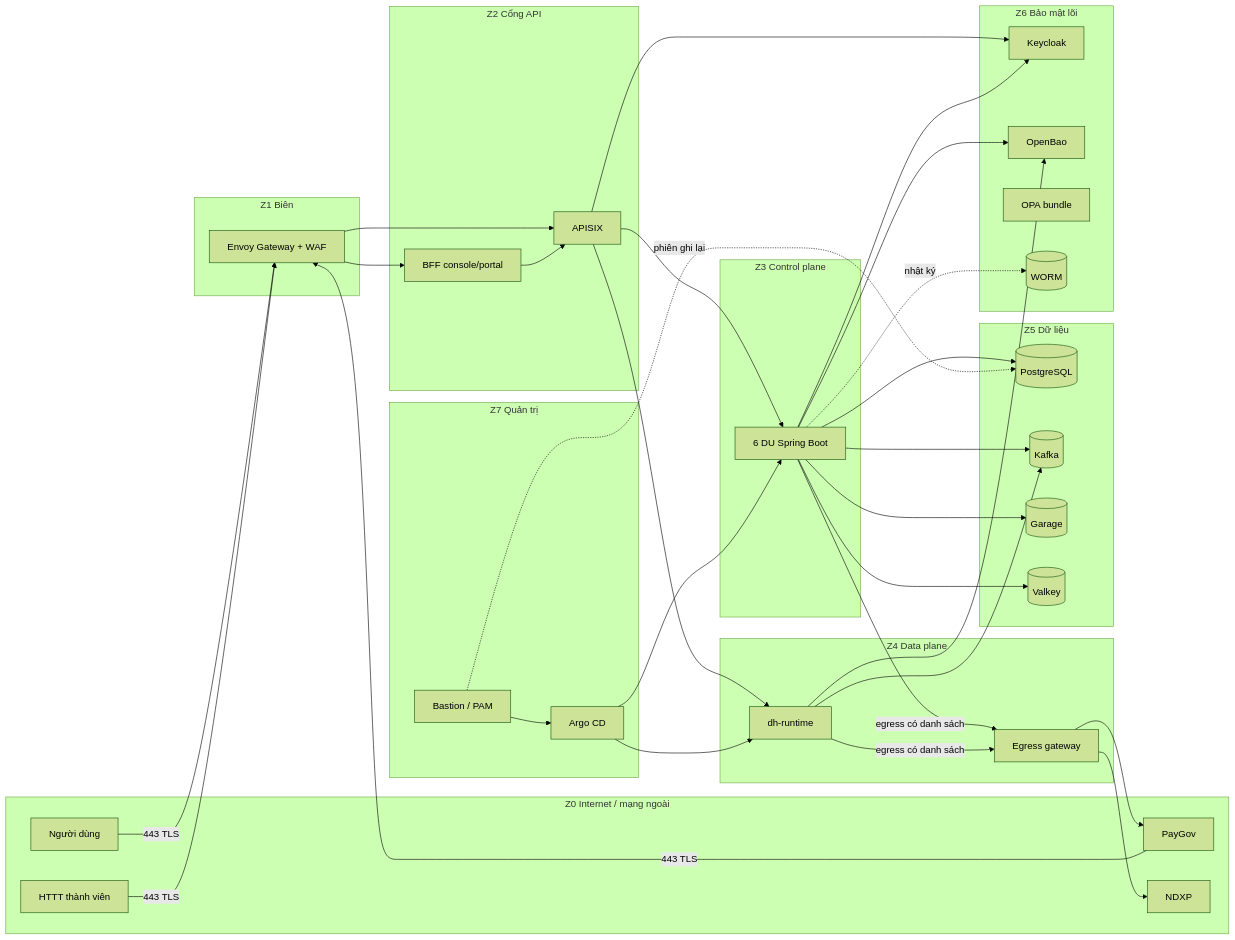
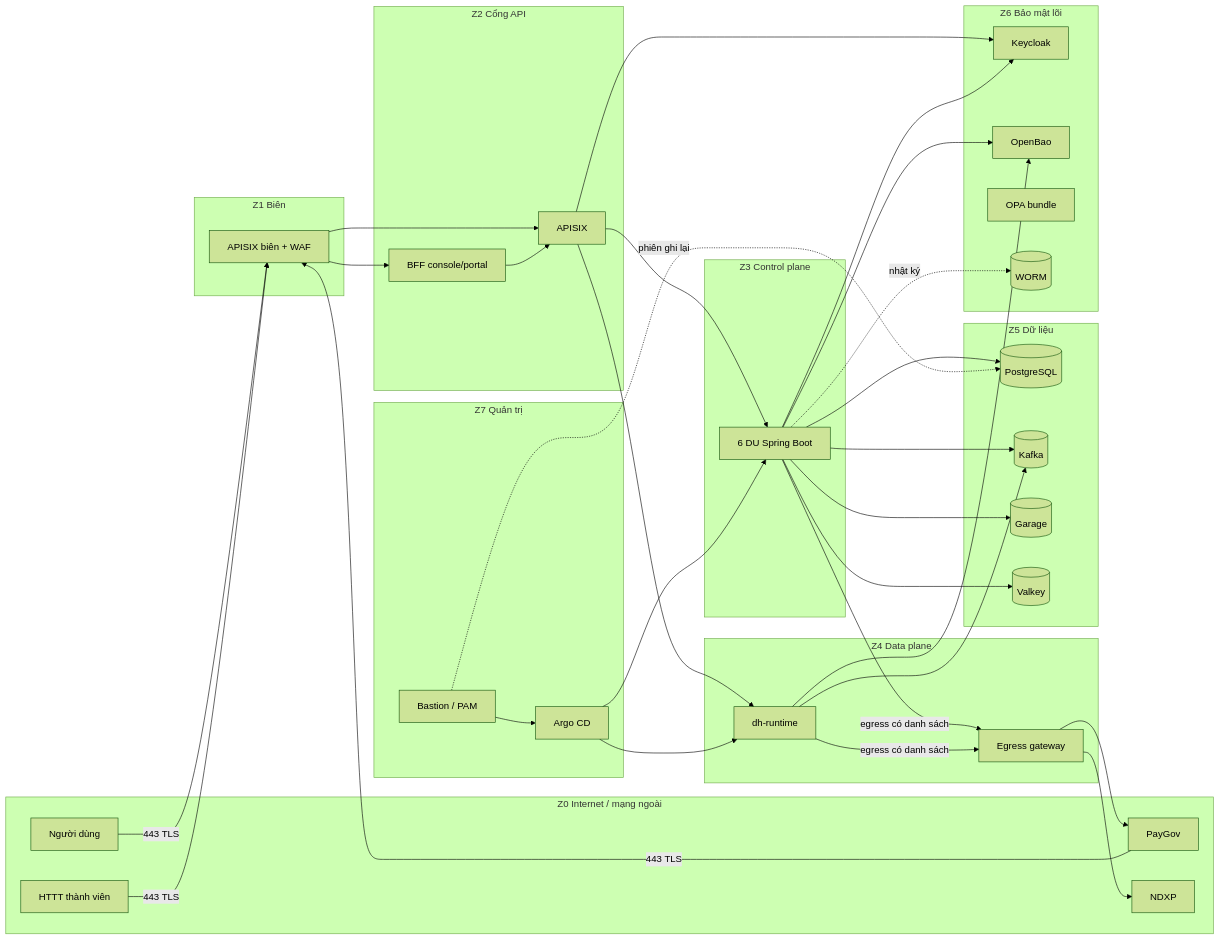
Before and after one commit to caprocute/DATAHUB: the first of 3 diagrams in datahub-docs/03-thiet-ke/attt/D03-07-thiet-ke-attt.md, drawn with Mermaid (forest theme). The commit also changed other lines of this file and 7 other files, not shown here.

First line of the commit message:
docs(datahub-docs): lớp biên dùng APISIX + Coraza (ADR-033 bản 0.2); ghi các câu hỏi đã chốt 25/11

````diff
--- a/datahub-docs/03-thiet-ke/attt/D03-07-thiet-ke-attt.md
+++ b/datahub-docs/03-thiet-ke/attt/D03-07-thiet-ke-attt.md
@@ -166,51 +166,51 @@
 ```mermaid
 flowchart LR
   subgraph Z0[Z0 Internet / mạng ngoài]
     U[Người dùng]
     H[HTTT thành viên]
     PG0[PayGov]
     ND[NDXP]
   end
   subgraph Z1[Z1 Biên]
-    EG[Envoy Gateway + WAF]
+    EG[APISIX biên + WAF]
   end
   subgraph Z2[Z2 Cổng API]
     AP[APISIX]
     BFF[BFF console/portal]
   end
   subgraph Z3[Z3 Control plane]
     DU[6 DU Spring Boot]
   end
   subgraph Z4[Z4 Data plane]
     RT[dh-runtime]
     EGW[Egress gateway]
   end
   subgraph Z5[Z5 Dữ liệu]
     DB[(PostgreSQL)]
     KF[(Kafka)]
     S3[(Garage)]
     VK[(Valkey)]
   end
   subgraph Z6[Z6 Bảo mật lõi]
     KC[Keycloak]
     BAO[OpenBao]
     OPA[OPA bundle]
     WORM[(WORM)]
   end
   subgraph Z7[Z7 Quản trị]
     PAM[Bastion / PAM]
     ARGO[Argo CD]
   end
   U & H & PG0 -->|443 TLS| EG
   EG --> AP & BFF
   BFF --> AP
   AP --> DU & RT
   DU --> DB & KF & S3 & VK
   RT --> KF
   DU & RT --> BAO
   AP & DU --> KC
   DU & RT -->|egress có danh sách| EGW --> ND & PG0
   DU -.->|nhật ký| WORM
   PAM --> ARGO --> DU & RT
   PAM -.->|phiên ghi lại| DB
 ```
````
